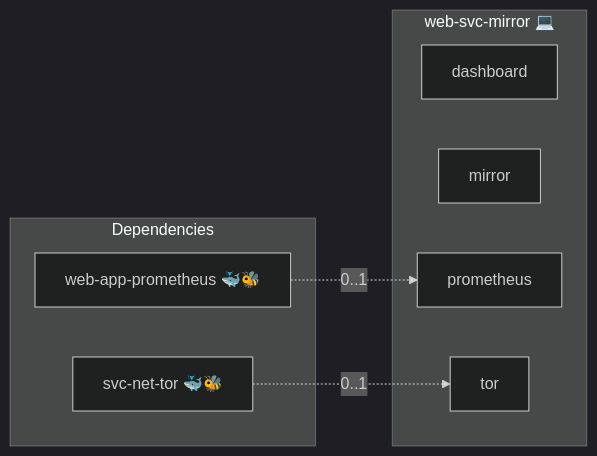
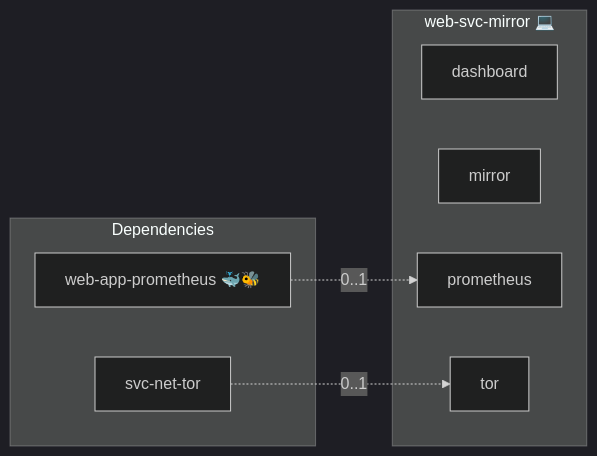
One commit to infinito-nexus/core changed the diagram in roles/web-svc-mirror/README.md. Above: the diagram before and after it, drawn with Mermaid (dark theme). The commit also changed 101 other files, not shown here.

````diff
--- a/roles/web-svc-mirror/README.md
+++ b/roles/web-svc-mirror/README.md
@@ -18,15 +18,15 @@
 ```mermaid
 flowchart LR
     subgraph deps [Dependencies]
-        dep_svc_net_tor["svc-net-tor 🐳🐝"]
+        dep_svc_net_tor["svc-net-tor"]
         dep_web_app_prometheus["web-app-prometheus 🐳🐝"]
     end
     subgraph role [web-svc-mirror 💻]
         svc_dashboard["dashboard"]
         svc_mirror["mirror"]
         svc_prometheus["prometheus"]
         svc_tor["tor"]
     end
     dep_svc_net_tor -. "0..1" .-> svc_tor
     dep_web_app_prometheus -. "0..1" .-> svc_prometheus
 ```
````
